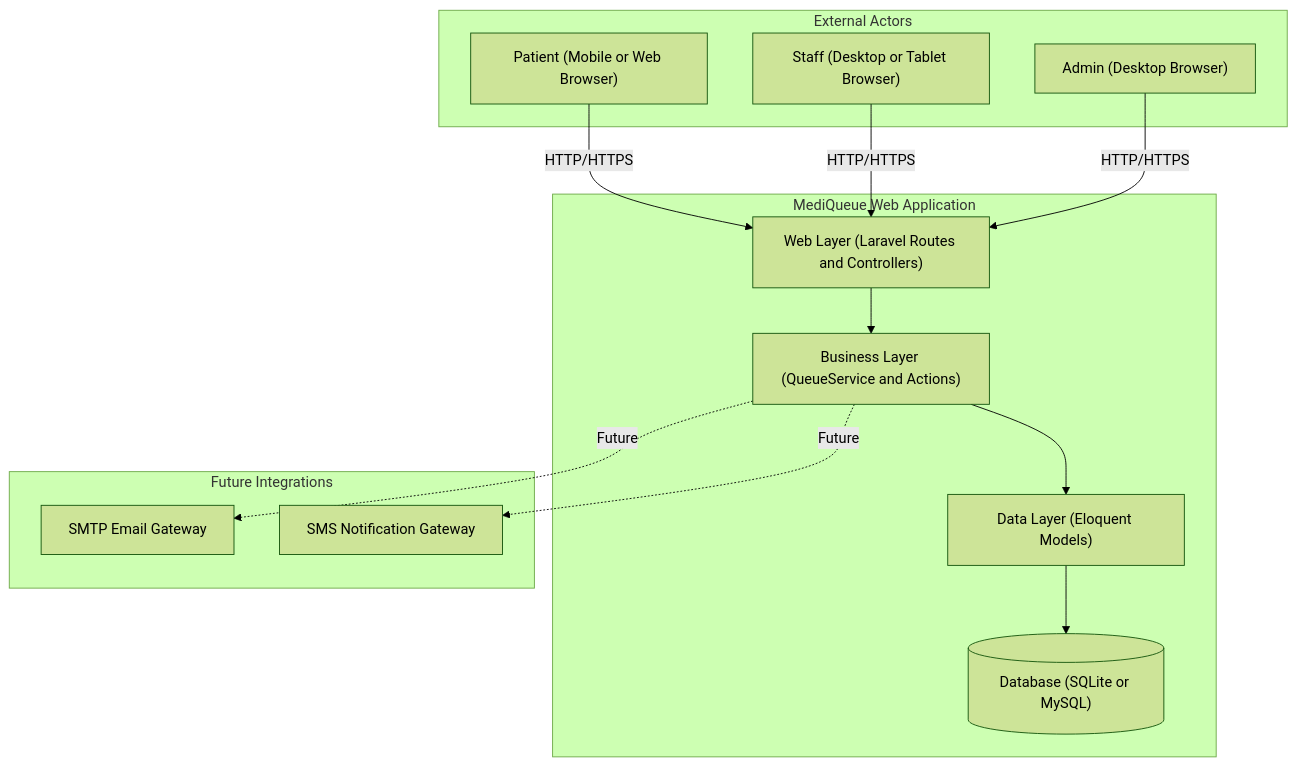
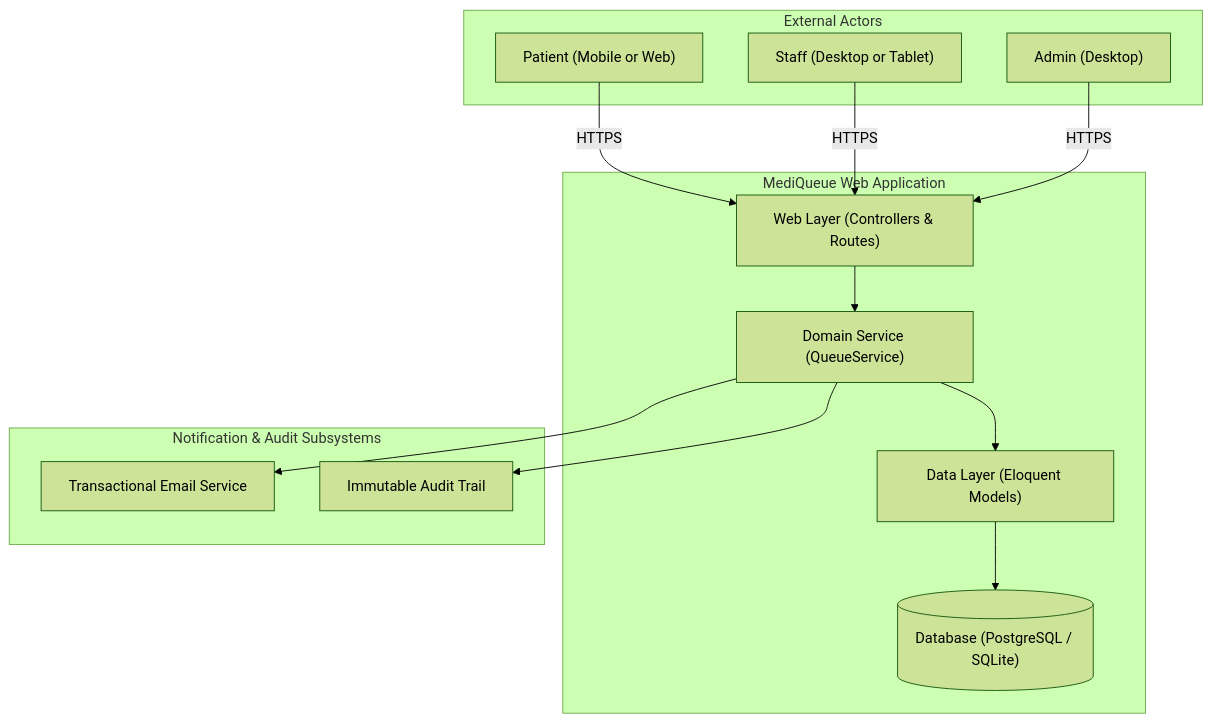
The first of 7 diagrams in docs/system-design.md (mhiskall282/MediQueue), drawn with Mermaid (forest theme) before and after one commit. The commit also changed other lines of this file, not shown here.

Commit message:
docs(mermaid): fix GitHub markdown rendering compatibility for system context and architecture diagrams

````diff
--- a/docs/system-design.md
+++ b/docs/system-design.md
@@ -18,29 +19,29 @@
 ```mermaid
-flowchart TB
+graph TD
     subgraph External["External Actors"]
-        P["Patient (Mobile or Web Browser)"]
-        S["Staff (Desktop or Tablet Browser)"]
-        A["Admin (Desktop Browser)"]
+        P["Patient (Mobile or Web)"]
+        S["Staff (Desktop or Tablet)"]
+        A["Admin (Desktop)"]
     end
 
-    subgraph MediQueue["MediQueue Web Application"]
-        WEB["Web Layer (Laravel Routes and Controllers)"]
-        BIZ["Business Layer (QueueService and Actions)"]
+    subgraph CoreApp["MediQueue Web Application"]
+        WEB["Web Layer (Controllers & Routes)"]
+        BIZ["Domain Service (QueueService)"]
         DATA["Data Layer (Eloquent Models)"]
-        DB[("Database (SQLite or MySQL)")]
+        DB[("Database (PostgreSQL / SQLite)")]
     end
 
-    subgraph Future["Future Integrations"]
-        SMTP["SMTP Email Gateway"]
-        SMS["SMS Notification Gateway"]
+    subgraph Notifications["Notification & Audit Subsystems"]
+        MAIL["Transactional Email Service"]
+        AUDIT["Immutable Audit Trail"]
     end
 
-    P -->|HTTP/HTTPS| WEB
-    S -->|HTTP/HTTPS| WEB
-    A -->|HTTP/HTTPS| WEB
+    P -->|HTTPS| WEB
+    S -->|HTTPS| WEB
+    A -->|HTTPS| WEB
     WEB --> BIZ
     BIZ --> DATA
     DATA --> DB
-    BIZ -.->|Future| SMTP
-    BIZ -.->|Future| SMS
+    BIZ --> MAIL
+    BIZ --> AUDIT
 ```
````
